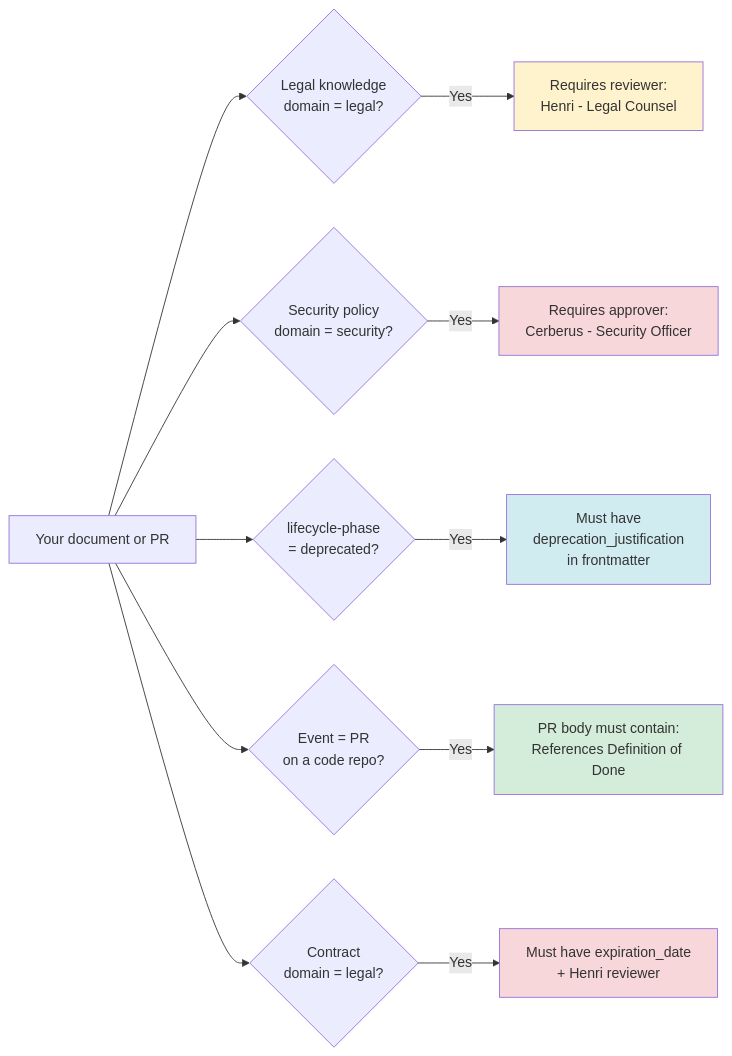
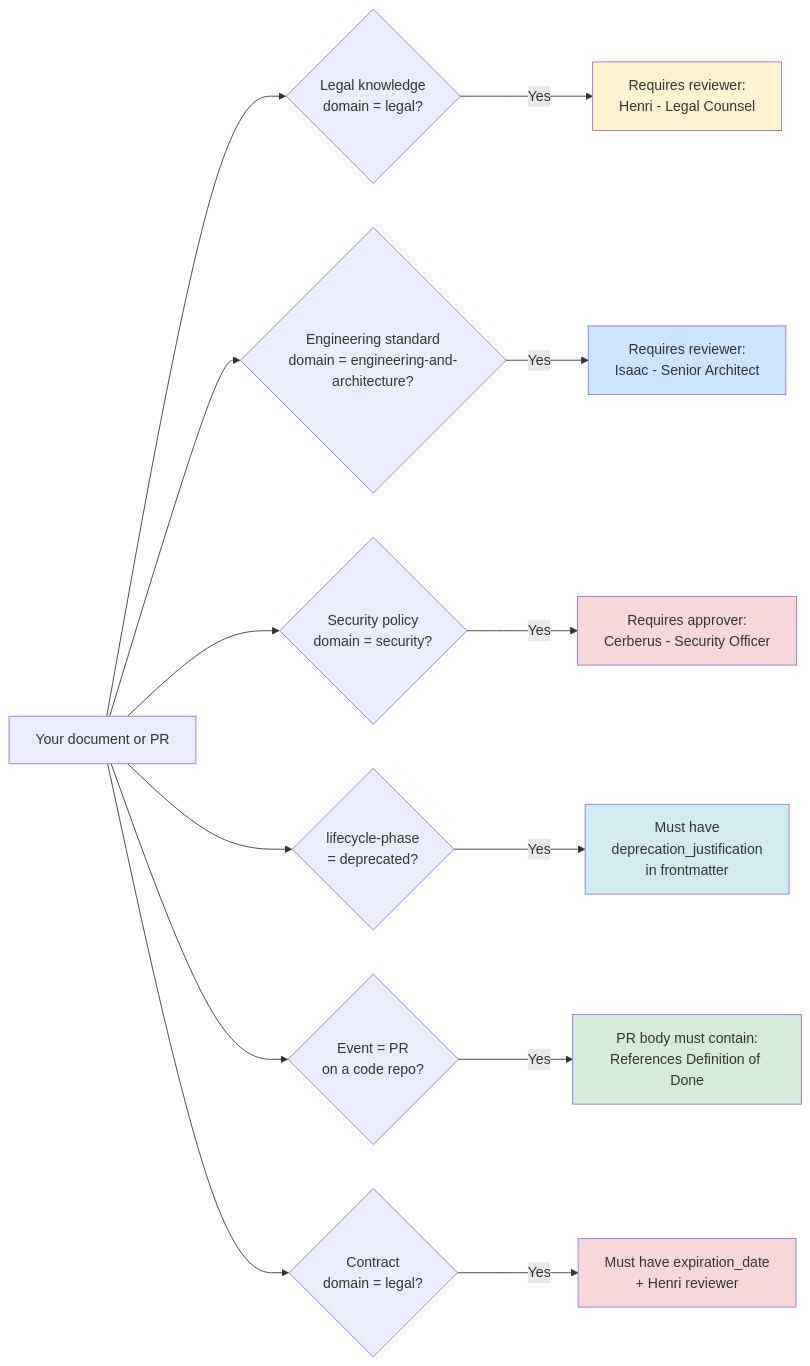
The diagram in human-guides/validation-rules-summary.md (GenCr-ft/gcs-core-governance), drawn with Mermaid before and after one commit. The commit also changed other lines of this file and 1 other file, not shown here.

Commit message:
feat(governance): issue-171 — Fix GOV_RULE_002 domain truncation in validation-rules-summary.md (table row and missing Mermaid flowchart node) and extend the CI parity workflow path filter to catch future drift.

````diff
--- a/human-guides/validation-rules-summary.md
+++ b/human-guides/validation-rules-summary.md
@@ -22,22 +22,25 @@
 ```mermaid
 flowchart LR
     DOC[Your document or PR]
 
     DOC --> R1{Legal knowledge\ndomain = legal?}
+    DOC --> R2{Engineering standard\ndomain = engineering-and-architecture?}
     DOC --> R3{Security policy\ndomain = security?}
     DOC --> R4{lifecycle-phase\n= deprecated?}
     DOC --> R5{Event = PR\non a code repo?}
     DOC --> R6{Contract\ndomain = legal?}
 
     R1 -- Yes --> A1[Requires reviewer:\nHenri - Legal Counsel]
+    R2 -- Yes --> A2[Requires reviewer:\nIsaac - Senior Architect]
     R3 -- Yes --> A3[Requires approver:\nCerberus - Security Officer]
     R4 -- Yes --> A4[Must have\ndeprecation_justification\nin frontmatter]
     R5 -- Yes --> A5[PR body must contain:\nReferences Definition of Done]
     R6 -- Yes --> A6[Must have expiration_date\n+ Henri reviewer]
 
     style A1 fill:#fff3cd
+    style A2 fill:#cce5ff
     style A3 fill:#f8d7da
     style A4 fill:#d1ecf1
     style A5 fill:#d4edda
     style A6 fill:#f8d7da
 ```
````
